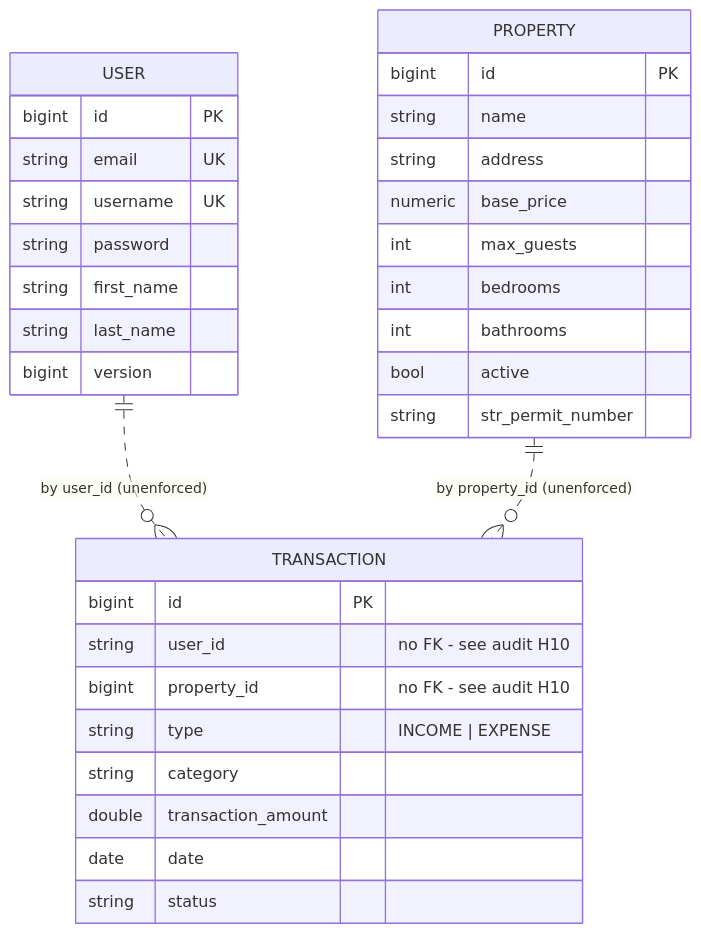
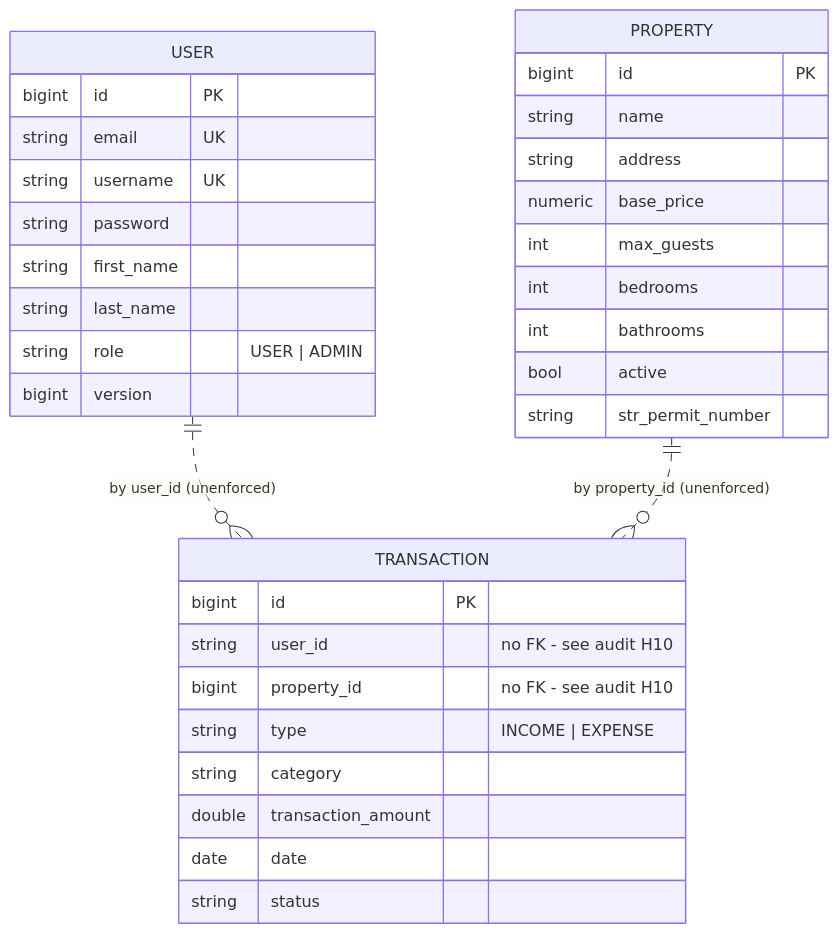
Before and after one commit to HoseaCodes/PropFlow-API: the diagram in README.md, drawn with Mermaid. The commit also changed other lines of this file and 38 other files, not shown here.

````diff
--- a/README.md
+++ b/README.md
@@ -28,36 +28,37 @@
 ```mermaid
 erDiagram
     USER {
         bigint id PK
         string email UK
         string username UK
         string password
         string first_name
         string last_name
+        string role "USER | ADMIN"
         bigint version
     }
     PROPERTY {
         bigint id PK
         string name
         string address
         numeric base_price
         int max_guests
         int bedrooms
         int bathrooms
         bool active
         string str_permit_number
     }
     TRANSACTION {
         bigint id PK
         string user_id "no FK - see audit H10"
         bigint property_id "no FK - see audit H10"
         string type "INCOME | EXPENSE"
         string category
         double transaction_amount
         date date
         string status
     }
 
     USER ||..o{ TRANSACTION : "by user_id (unenforced)"
     PROPERTY ||..o{ TRANSACTION : "by property_id (unenforced)"
 ```
````
